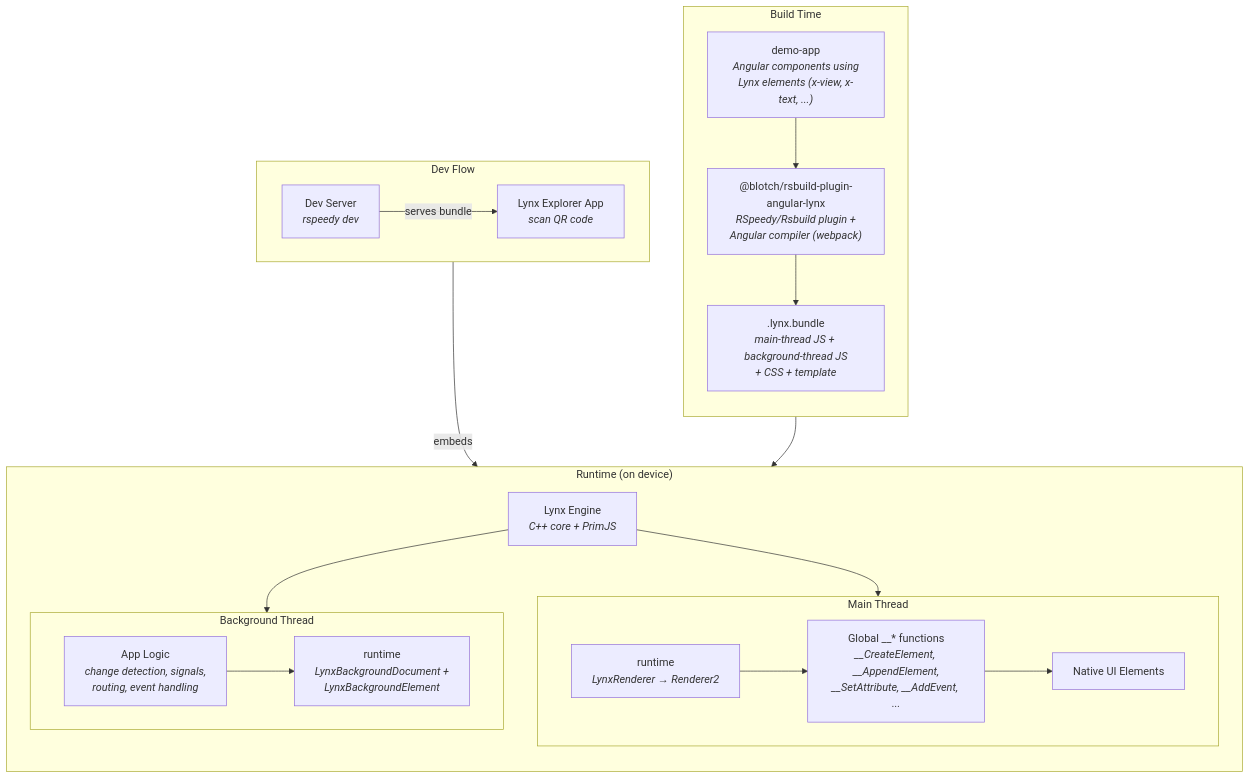
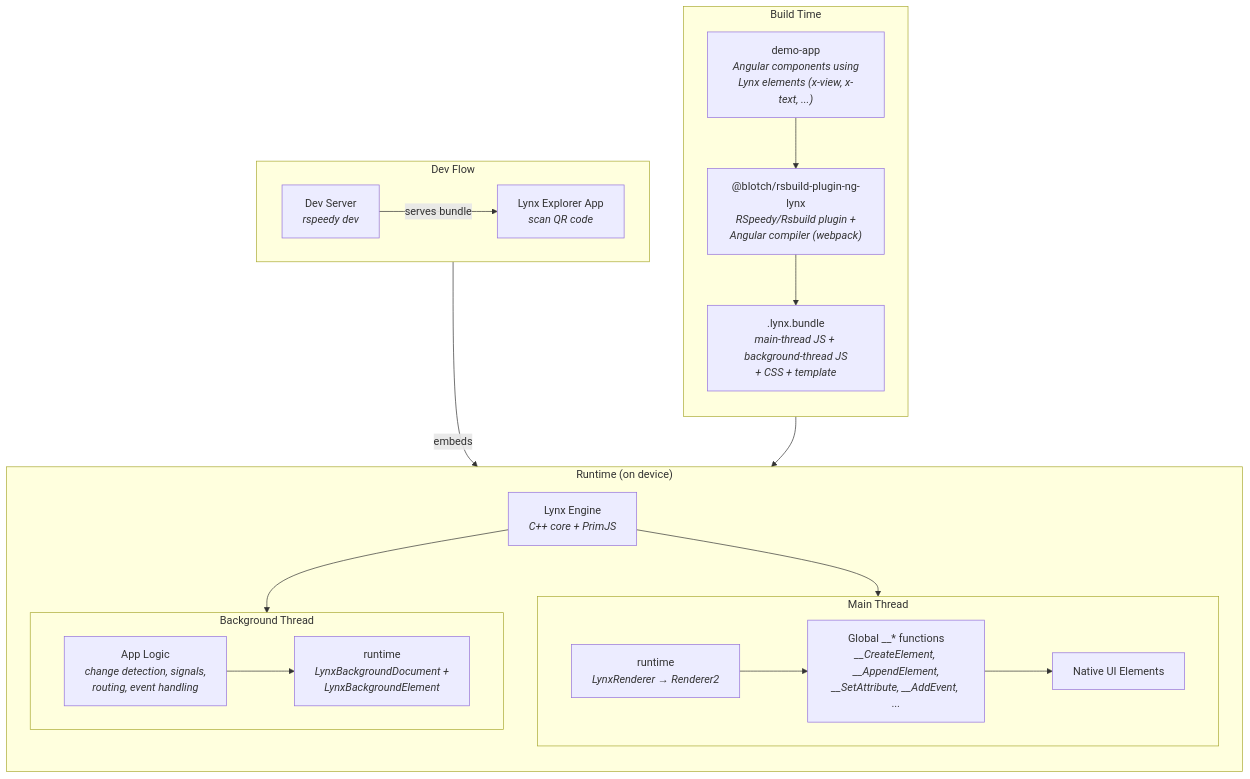
One commit to dolanmiu/lynx-angular changed the diagram in README.md. Above: the diagram before and after it, drawn with Mermaid. The commit also changed other lines of this file and 40 other files, not shown here.

Commit message:
feat: Rebrand project from Angular Lynx to NgLynx

````diff
--- a/README.md
+++ b/README.md
@@ -12,46 +12,46 @@
 ```mermaid
 graph TB
     subgraph build ["Build Time"]
         direction TB
         src["demo-app<br/><i>Angular components using<br/>Lynx elements (x-view, x-text, ...)</i>"]
-        plugin["@blotch/rsbuild-plugin-angular-lynx<br/><i>RSpeedy/Rsbuild plugin +<br/>Angular compiler (webpack)</i>"]
+        plugin["@blotch/rsbuild-plugin-ng-lynx<br/><i>RSpeedy/Rsbuild plugin +<br/>Angular compiler (webpack)</i>"]
         bundle[".lynx.bundle<br/><i>main-thread JS + background-thread JS<br/>+ CSS + template</i>"]
 
         src --> plugin --> bundle
     end
 
     subgraph device ["Runtime (on device)"]
         direction TB
         engine["Lynx Engine<br/><i>C++ core + PrimJS</i>"]
 
         subgraph main ["Main Thread"]
             renderer["runtime<br/><i>LynxRenderer → Renderer2</i>"]
             globals["Global __* functions<br/><i>__CreateElement, __AppendElement,<br/>__SetAttribute, __AddEvent, ...</i>"]
             native["Native UI Elements"]
 
             renderer --> globals --> native
         end
 
         subgraph bg ["Background Thread"]
             bg_runtime["runtime<br/><i>LynxBackgroundDocument +<br/>LynxBackgroundElement</i>"]
             app_logic["App Logic<br/><i>change detection, signals,<br/>routing, event handling</i>"]
 
             app_logic --> bg_runtime
         end
 
         engine --> main
         engine --> bg
     end
 
     bundle --> engine
 
     subgraph dev ["Dev Flow"]
         direction LR
         dev_server["Dev Server<br/><i>rspeedy dev</i>"]
         explorer["Lynx Explorer App<br/><i>scan QR code</i>"]
 
         dev_server -- "serves bundle" --> explorer
     end
 
     explorer -- "embeds" --> engine
 ```
````
